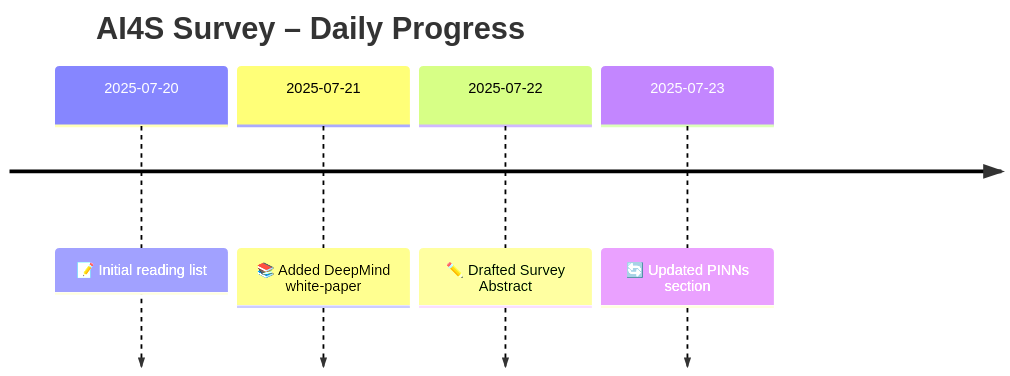
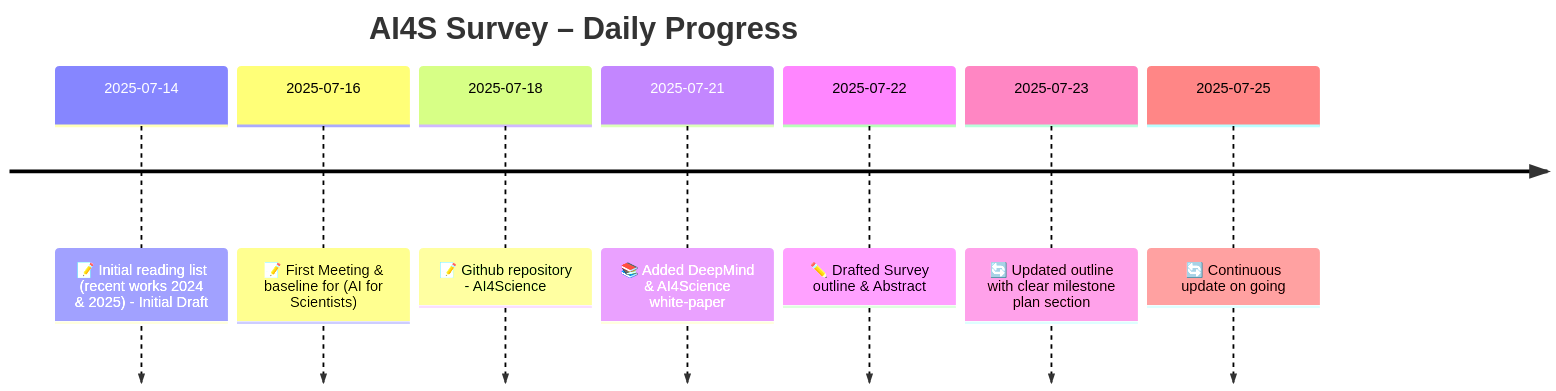
Before and after one commit to MI-Hussain/AI4Science: the diagram in README.md, drawn with Mermaid. The commit also changed other lines of this file, not shown here.

````diff
--- a/README.md
+++ b/README.md
@@ -142,8 +142,12 @@
 ```mermaid
 timeline
     title AI4S Survey – Daily Progress
-    2025-07-20 : 📝 Initial reading list
-    2025-07-21 : 📚 Added DeepMind white‑paper
-    2025-07-22 : ✏️ Drafted Survey Abstract
-    2025-07-23 : 🔄 Updated PINNs section
+    2025-07-14 : 📝 Initial reading list (recent works 2024 & 2025) - Initial Draft
+    2025-07-16 : 📝 First Meeting & baseline for (AI for Scientists)
+    2025-07-18 : 📝 Github repository - AI4Science
+    2025-07-21 : 📚 Added DeepMind & AI4Science white‑paper
+    2025-07-22 : ✏️ Drafted Survey outline & Abstract
+    2025-07-23 : 🔄 Updated outline with clear milestone plan section
+    2025-07-25 : 🔄 Continuous update on going
+
 ```
````
